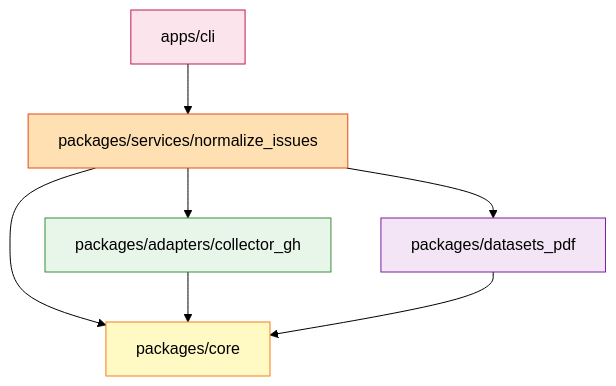
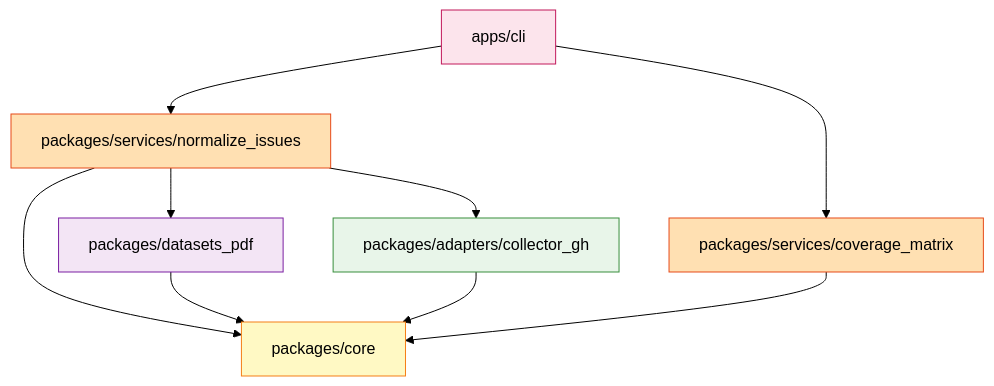
Before and after one commit to AbsaOSS/living-doc-toolkit: the fourth of 11 diagrams in docs/architecture.md, drawn with Mermaid (forest theme). The commit also changed other lines of this file and 56 other files, not shown here.

First line of the commit message:
Feature/45 coverage matrix generator service (#46)

````diff
--- a/docs/architecture.md
+++ b/docs/architecture.md
@@ -183,16 +191,19 @@
 ```mermaid
 graph TD
     CLI[apps/cli] --> NormalizeService[packages/services/normalize_issues]
+    CLI --> CoverageService[packages/services/coverage_matrix]
     NormalizeService --> Core[packages/core]
     NormalizeService --> Datasets[packages/datasets_pdf]
     NormalizeService --> CollectorGH[packages/adapters/collector_gh]
-    
+    CoverageService --> Core
+
     CollectorGH --> Core
     Datasets --> Core
-    
+
     style CLI fill:#fce4ec,stroke:#c2185b
     style NormalizeService fill:#ffe0b2,stroke:#e64a19
+    style CoverageService fill:#ffe0b2,stroke:#e64a19
     style Core fill:#fff9c4,stroke:#f57f17
     style Datasets fill:#f3e5f5,stroke:#7b1fa2
     style CollectorGH fill:#e8f5e9,stroke:#388e3c
 ```
````
